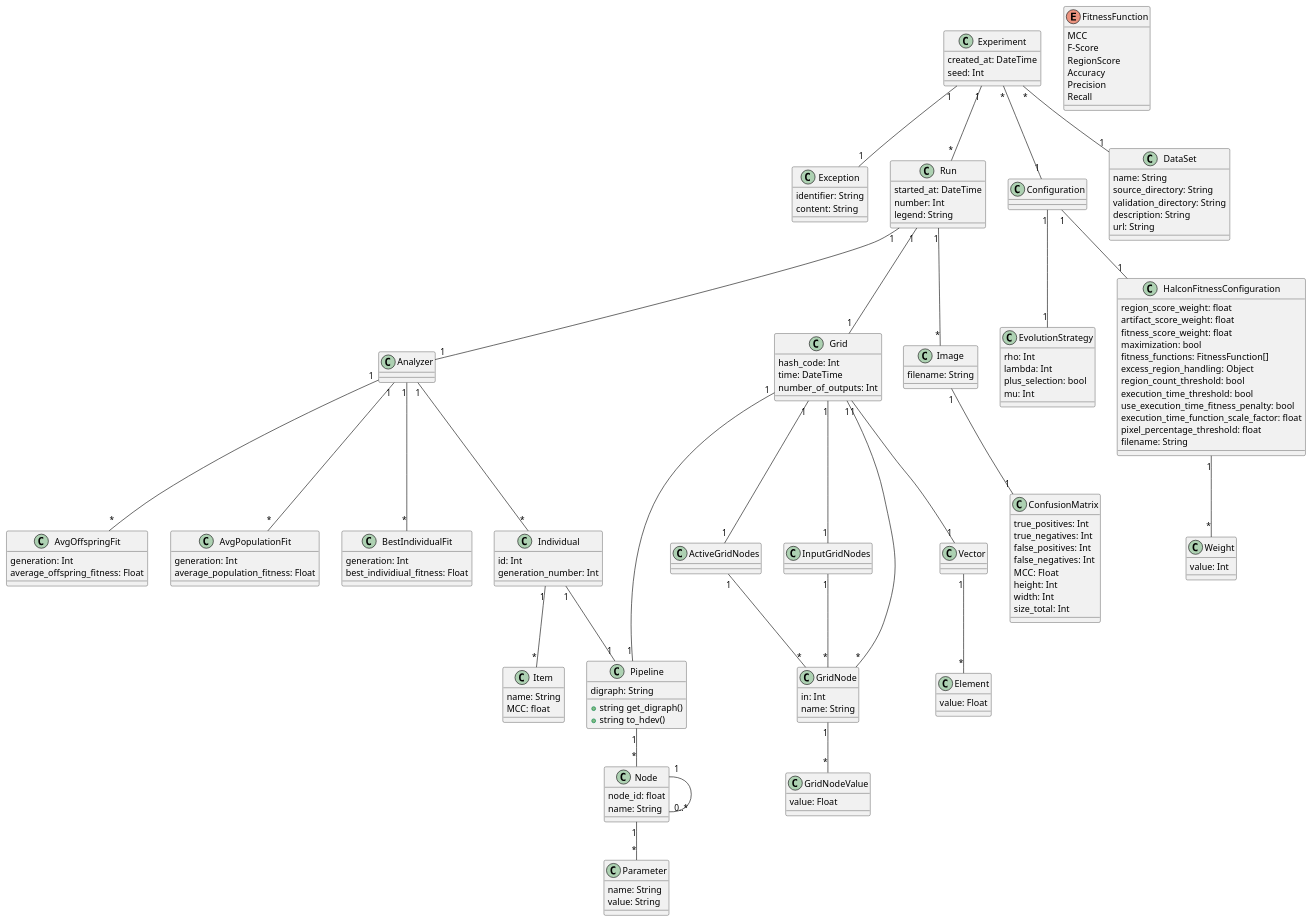
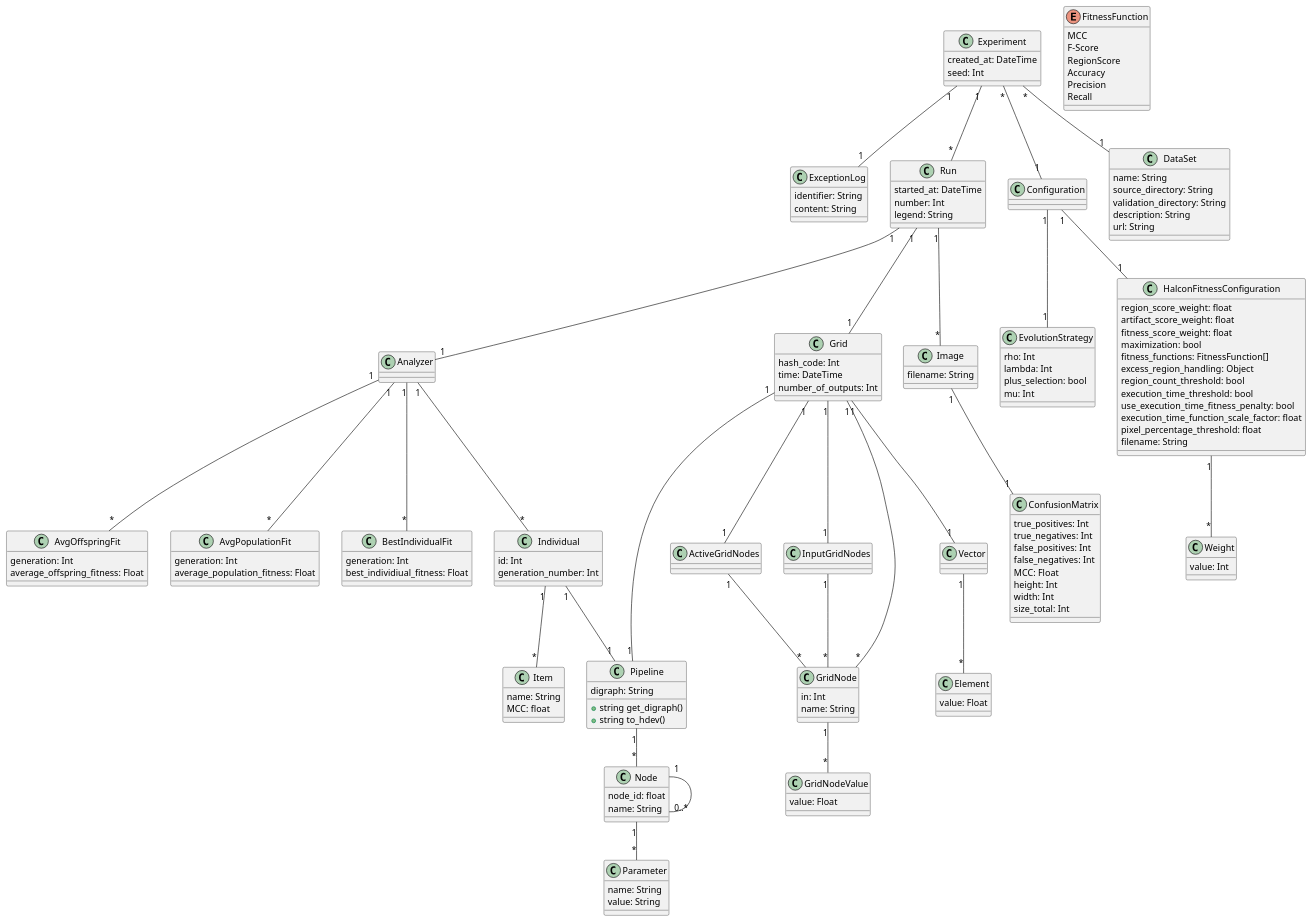
The diagram in diagrams/DataModel.md (anmarchio/experiments), drawn with PlantUML before and after one commit.

```diff
--- a/diagrams/DataModel.md
+++ b/diagrams/DataModel.md
@@ -8,7 +8,7 @@
   seed: Int
 }
 
-class Exception {
+class ExceptionLog {
   identifier: String
   content: String
 }
@@ -149,7 +149,7 @@
 Experiment "1" -- "*" Run
 Experiment "*" -- "1" DataSet
 Experiment "*" -- "1" Configuration
-Experiment "1" -- "1" Exception
+Experiment "1" -- "1" ExceptionLog
 
 Run "1" -- "1" Analyzer
 
```
